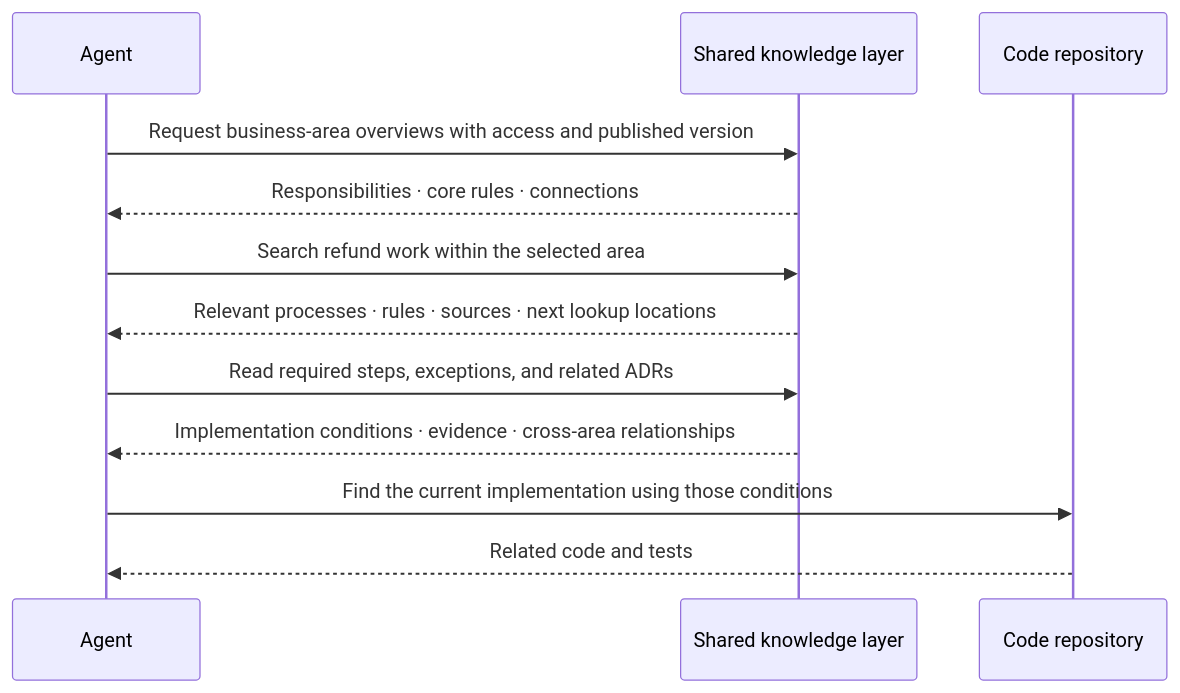
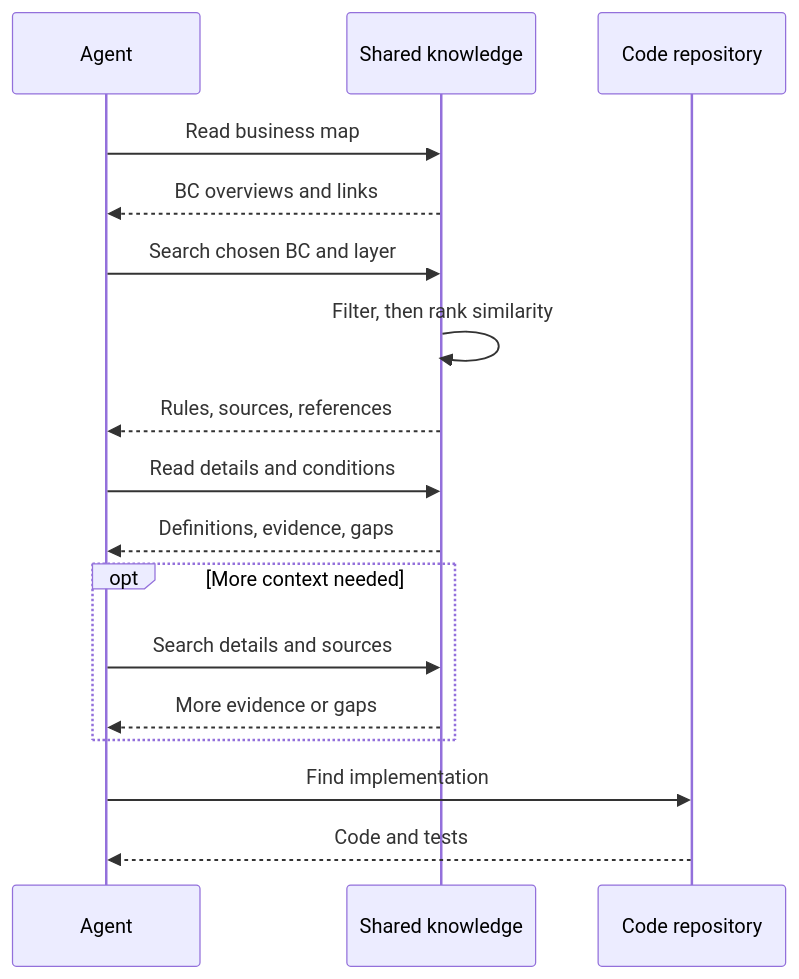
The sixth of 9 diagrams in _en/2026-11-05-enterprise-wide-ax-essentials.md (haandol/haandol.github.com), drawn with Mermaid before and after one commit. The commit also changed other lines of this file and 1 other file, not shown here.

Commit message:
docs: connect DDD knowledge and execution review loops

````diff
--- a/_en/2026-11-05-enterprise-wide-ax-essentials.md
+++ b/_en/2026-11-05-enterprise-wide-ax-essentials.md
@@ -279,14 +289,19 @@
 ```mermaid
 sequenceDiagram
   participant A as Agent
-  participant K as Shared knowledge layer
+  participant K as Shared knowledge
   participant C as Code repository
-  A->>K: Request business-area overviews with access and published version
-  K-->>A: Responsibilities · core rules · connections
-  A->>K: Search refund work within the selected area
-  K-->>A: Relevant processes · rules · sources · next lookup locations
-  A->>K: Read required steps, exceptions, and related ADRs
-  K-->>A: Implementation conditions · evidence · cross-area relationships
-  A->>C: Find the current implementation using those conditions
-  C-->>A: Related code and tests
+  A->>K: Read business map
+  K-->>A: BC overviews and links
+  A->>K: Search chosen BC and layer
+  K->>K: Filter, then rank similarity
+  K-->>A: Rules, sources, references
+  A->>K: Read details and conditions
+  K-->>A: Definitions, evidence, gaps
+  opt More context needed
+    A->>K: Search details and sources
+    K-->>A: More evidence or gaps
+  end
+  A->>C: Find implementation
+  C-->>A: Code and tests
 ```
````
